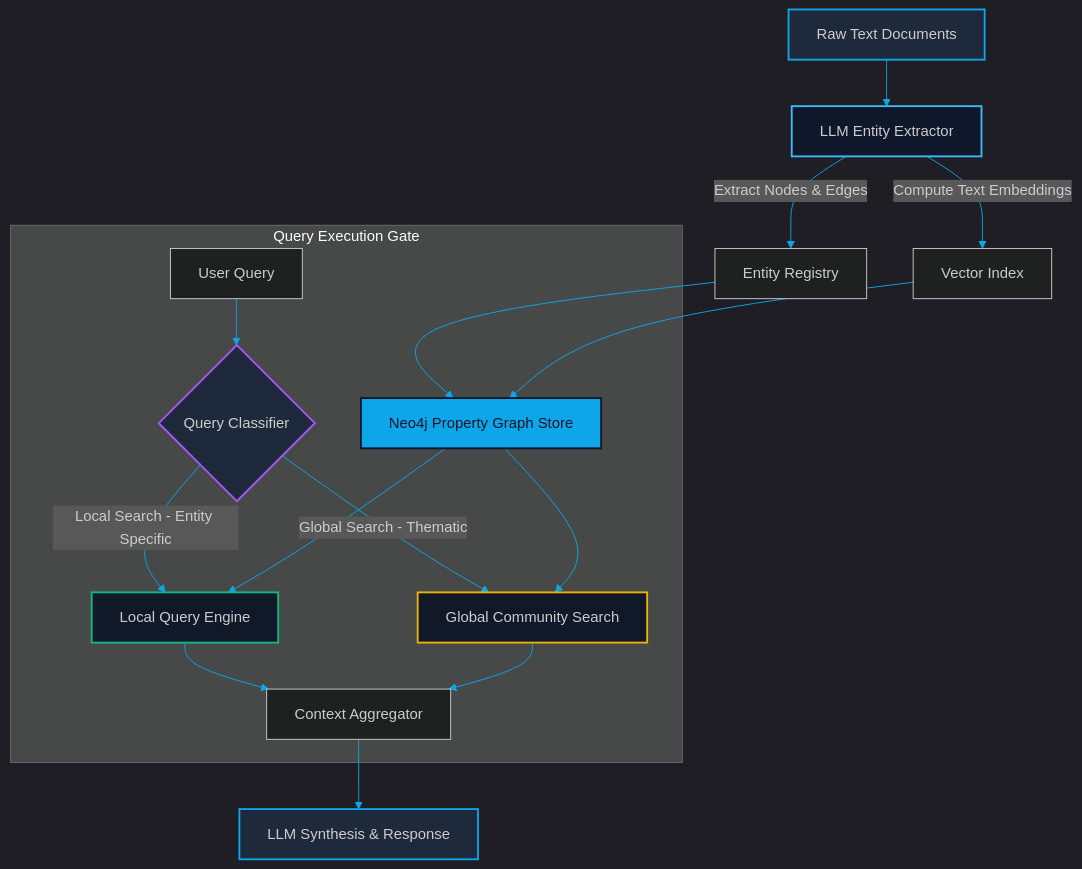
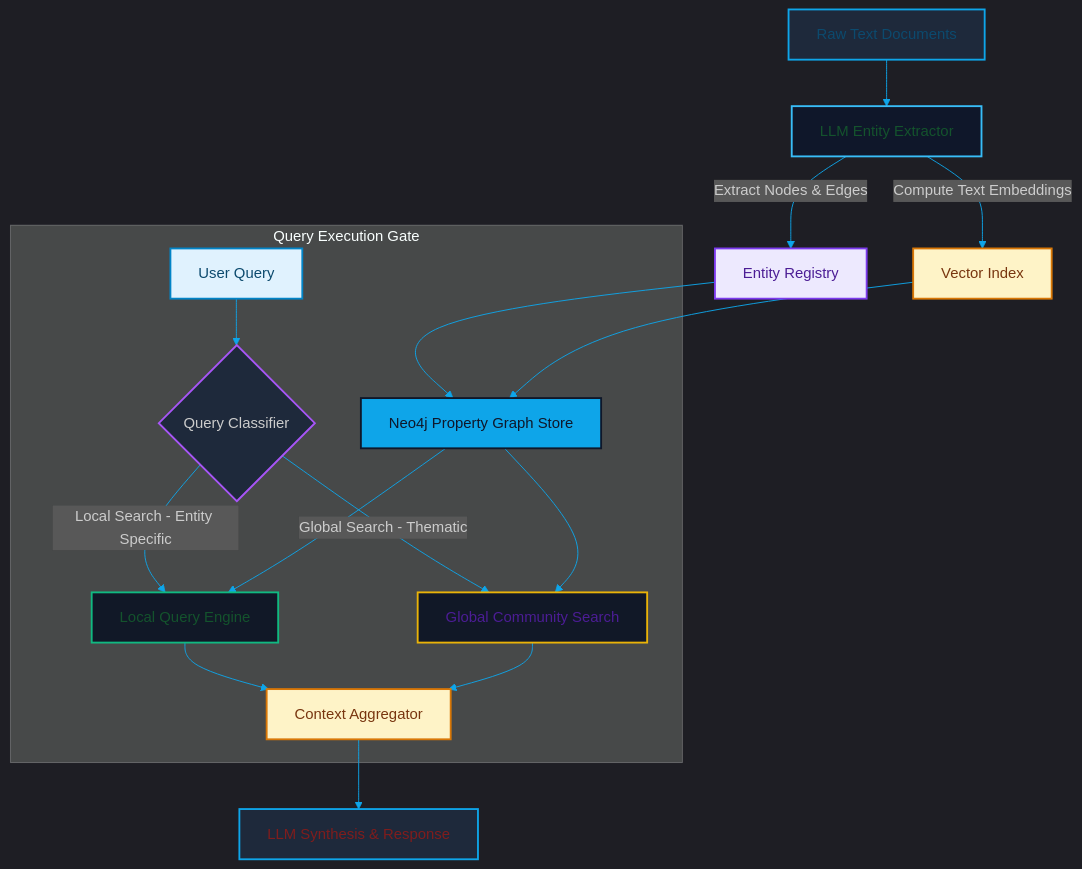
The diagram in blog/posts/graphrag-entity-graphs.md (akmalkhaniub/akmalkhaniub.github.io), drawn with Mermaid before and after one commit. The commit also changed other lines of this file and 1291 other files, not shown here.

First line of the commit message:
feat(catalog): unique covers, scholarly references, and diagram palettes

````diff
--- a/blog/posts/graphrag-entity-graphs.md
+++ b/blog/posts/graphrag-entity-graphs.md
@@ -26,30 +26,41 @@
 ```mermaid
 %%{init: {'theme': 'dark', 'themeVariables': { 'primaryColor': '#0ea5e9', 'primaryTextColor': '#f3f4f6', 'primaryBorderColor': '#38bdf8', 'lineColor': '#0ea5e9', 'secondaryColor': '#111827', 'tertiaryColor': '#111827'}}}%%
 flowchart TD
-    A[Raw Text Documents] --> B[LLM Entity Extractor]
-    B -->|Extract Nodes & Edges| C[Entity Registry]
-    B -->|Compute Text Embeddings| D[Vector Index]
-    C --> E[Neo4j Property Graph Store]
+    A["Raw Text Documents"] --> B["LLM Entity Extractor"]
+    B -->|Extract Nodes & Edges| C["Entity Registry"]
+    B -->|Compute Text Embeddings| D["Vector Index"]
+    C --> E["Neo4j Property Graph Store"]
     D --> E
     
     subgraph SG1_QueryExecutionGate ["Query Execution Gate"]
-        F[User Query] --> G{Query Classifier}
-        G -->|Local Search - Entity Specific| H[Local Query Engine]
-        G -->|Global Search - Thematic| I[Global Community Search]
+        F["User Query"] --> G{Query Classifier}
+        G -->|Local Search - Entity Specific| H["Local Query Engine"]
+        G -->|Global Search - Thematic| I["Global Community Search"]
         
         E --> H
         E --> I
-        H --> J[Context Aggregator]
+        H --> J["Context Aggregator"]
         I --> J
     end
     
-    J --> K[LLM Synthesis & Response]
+    J --> K["LLM Synthesis & Response"]
 
     style A fill:#1e293b,stroke:#0ea5e9,stroke-width:2px
     style B fill:#0f172a,stroke:#38bdf8,stroke-width:2px
     style E fill:#0ea5e9,stroke:#0f172a,stroke-width:2px,color:#0f172a
     style G fill:#1e293b,stroke:#a855f7,stroke-width:2px
     style H fill:#111827,stroke:#10b981,stroke-width:2px
     style I fill:#111827,stroke:#eab308,stroke-width:2px
     style K fill:#1e293b,stroke:#0ea5e9,stroke-width:2px
+
+classDef green fill:#dcfce7,stroke:#16a34a,stroke-width:2px,color:#14532d;
+classDef red fill:#fee2e2,stroke:#dc2626,stroke-width:2px,color:#7f1d1d;
+classDef blue fill:#e0f2fe,stroke:#0284c7,stroke-width:2px,color:#0c4a6e;
+classDef yellow fill:#fef3c7,stroke:#d97706,stroke-width:2px,color:#78350f;
+classDef purple fill:#ede9fe,stroke:#7c3aed,stroke-width:2px,color:#4c1d95;
+class A,F blue
+class B,H green
+class C,I purple
+class D,J yellow
+class E,K red
 ```
````
